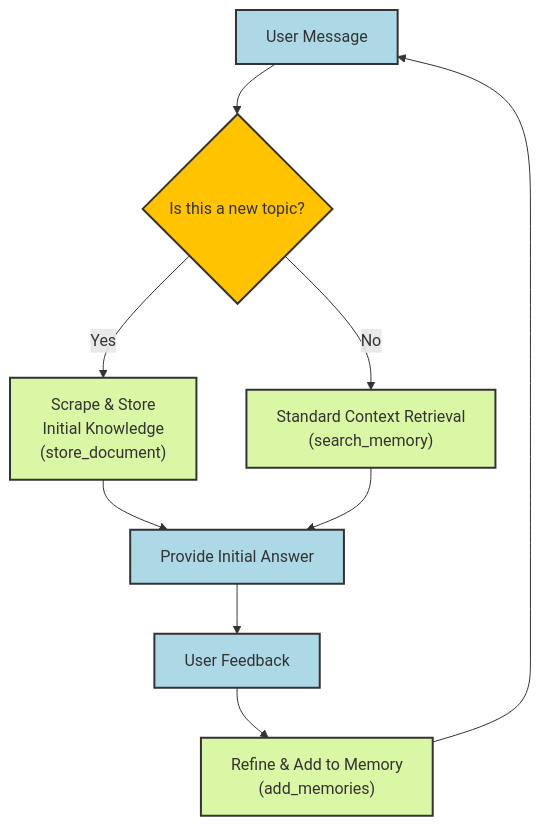
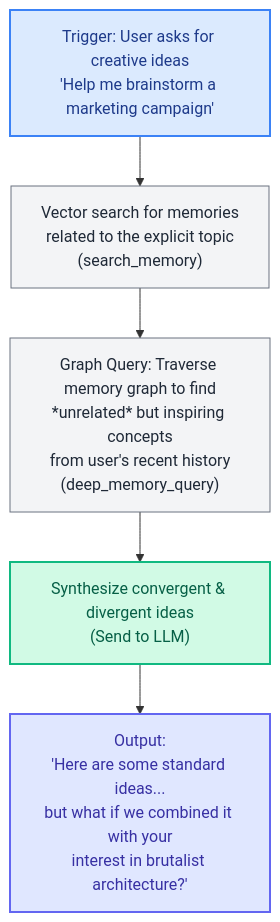
Before and after one commit to jean-technologies/jean-memory: the fourth of 4 diagrams in openmemory/ui/docs-mintlify/context-engineering.mdx, drawn with Mermaid. The commit also changed other lines of this file, not shown here.

````diff
--- a/openmemory/ui/docs-mintlify/context-engineering.mdx
+++ b/openmemory/ui/docs-mintlify/context-engineering.mdx
@@ -125,19 +124,17 @@
-    ```mermaid
-    graph TD;
-        A["User Message"] --> B{"Is this a new topic?"};
-        B -- "Yes" --> C["Scrape & Store<br/>Initial Knowledge<br/>(store_document)"];
-        B -- "No" --> D["Standard Context Retrieval<br/>(search_memory)"];
-        C --> E["Provide Initial Answer"];
-        D --> E;
-        E --> F["User Feedback"];
-        F --> G["Refine & Add to Memory<br/>(add_memories)"];
-        G --> A;
-
-        classDef io fill:#ADD8E6,stroke:#333,stroke-width:2px;
-        classDef decision fill:#FFC300,stroke:#333,stroke-width:2px;
-        classDef process fill:#DAF7A6,stroke:#333,stroke-width:2px;
-        
-        class A,E,F io;
-        class B decision;
-        class C,D,G process;
-    ```
+  ```mermaid
+  graph TD;
+      A["Trigger: User asks for creative ideas<br/>'Help me brainstorm a marketing campaign'"] --> B["Vector search for memories<br/>related to the explicit topic<br/>(search_memory)"];
+      B --> C["Graph Query: Traverse memory graph to find<br/>*unrelated* but inspiring concepts<br/>from user's recent history<br/>(deep_memory_query)"];
+      C --> D["Synthesize convergent & divergent ideas<br/>(Send to LLM)"];
+      D --> E["Output:<br/>'Here are some standard ideas...<br/>but what if we combined it with your<br/>interest in brutalist architecture?'"];
+      
+      classDef trigger fill:#DBEAFE,stroke:#3B82F6,stroke-width:2px,color:#1E3A8A;
+      classDef process fill:#F3F4F6,stroke:#6B7280,stroke-width:1px,color:#1F2937;
+      classDef synthesis fill:#D1FAE5,stroke:#10B981,stroke-width:2px,color:#065F46;
+      classDef output fill:#E0E7FF,stroke:#6366F1,stroke-width:2px,color:#3730A3;
+  
+      class A trigger;
+      class B,C process;
+      class D synthesis;
+      class E output;
+  ```
````
